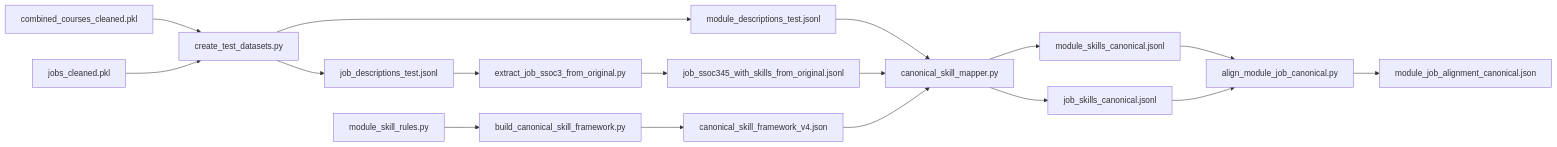
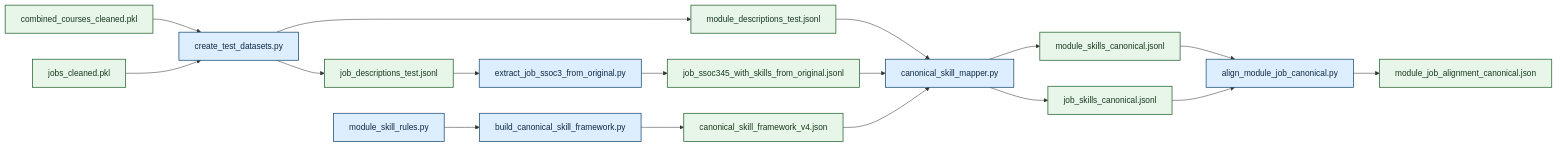
The diagram in technical-report/technical_report.md (jonleewh/DSA4264-Project), drawn with Mermaid before and after one commit.

Commit message:
updated Ain's 3.1 flowchart

````diff
--- a/technical-report/technical_report.md
+++ b/technical-report/technical_report.md
@@ -256,19 +256,25 @@
 ```mermaid
 flowchart LR
     A["combined_courses_cleaned.pkl"] --> C["create_test_datasets.py"]
     B["jobs_cleaned.pkl"] --> C["create_test_datasets.py"]
     C --> D["module_descriptions_test.jsonl"]
     C --> E["job_descriptions_test.jsonl"]
     F["module_skill_rules.py"] --> G["build_canonical_skill_framework.py"]
     G --> H["canonical_skill_framework_v4.json"]
     E --> I["extract_job_ssoc3_from_original.py"]
     I --> J["job_ssoc345_with_skills_from_original.jsonl"]
     D --> K["canonical_skill_mapper.py"]
     J --> K["canonical_skill_mapper.py"]
     H --> K
     K --> L["module_skills_canonical.jsonl"]
     K --> M["job_skills_canonical.jsonl"]
     L --> N["align_module_job_canonical.py"]
     M --> N
     N --> O["module_job_alignment_canonical.json"]
+
+    classDef script fill:#dceeff,stroke:#24557a,stroke-width:1.5px,color:#102a43;
+    classDef data fill:#e8f5e9,stroke:#2f6b3a,stroke-width:1.5px,color:#183a1d;
+
+    class C,G,I,K,N,F script;
+    class A,B,D,E,H,J,L,M,O data;
 ```
````
